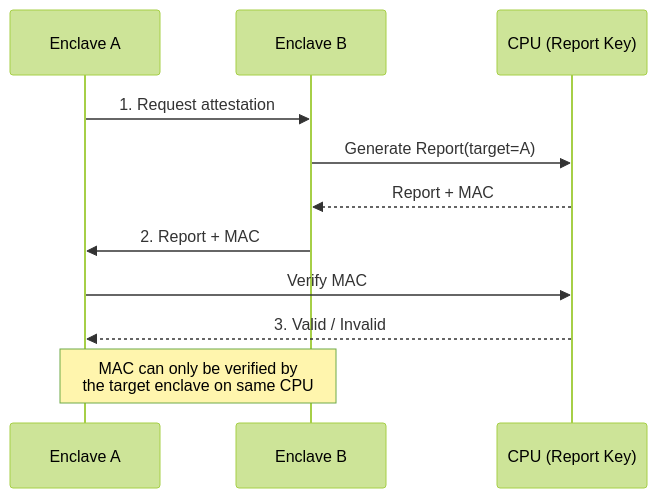
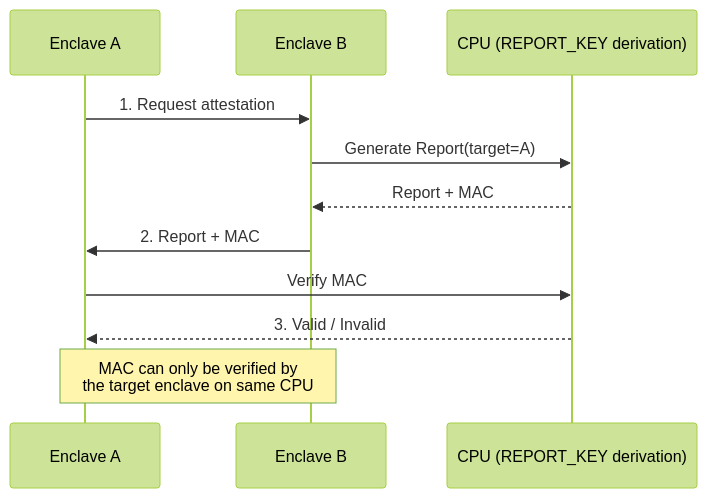
The first of 9 diagrams in posts/02-tee-attestation-model.md (V-k-h/roots-of-trust), drawn with Mermaid (forest theme) before and after one commit. The commit also changed other lines of this file, not shown here.

````diff
--- a/posts/02-tee-attestation-model.md
+++ b/posts/02-tee-attestation-model.md
@@ -37,15 +39,15 @@
 ```mermaid
 sequenceDiagram
     participant A as Enclave A
     participant B as Enclave B
-    participant CPU as CPU (Report Key)
+    participant CPU as CPU (REPORT_KEY derivation)
     
     A->>B: 1. Request attestation
     B->>CPU: Generate Report(target=A)
     CPU-->>B: Report + MAC
     B->>A: 2. Report + MAC
     A->>CPU: Verify MAC
     CPU-->>A: 3. Valid / Invalid
     
     Note over A,B: MAC can only be verified by<br/>the target enclave on same CPU
 ```
````
